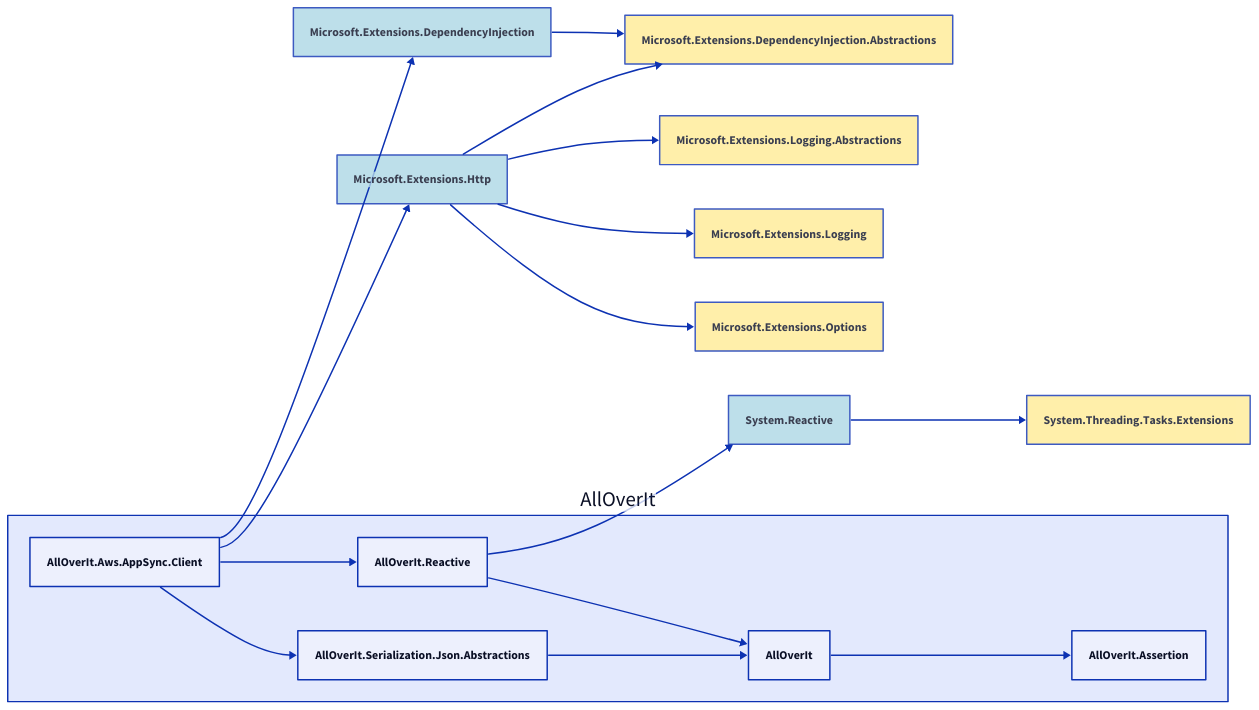
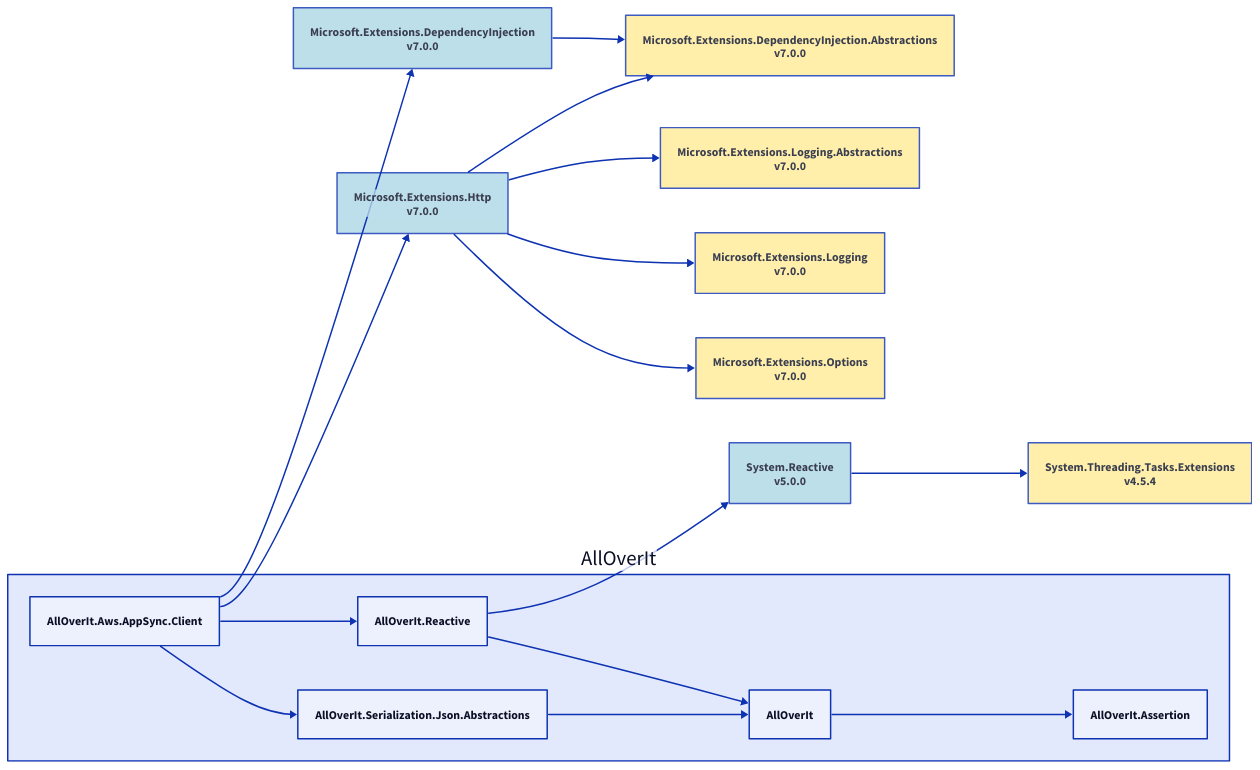
The diagram in Docs/Dependencies/alloverit-aws-appsync-client.d2 (nickathone/AllOverIt), drawn with D2 before and after one commit. The commit also changed 62 other files, not shown here.

```diff
--- a/Docs/Dependencies/alloverit-aws-appsync-client.d2
+++ b/Docs/Dependencies/alloverit-aws-appsync-client.d2
@@ -1,46 +1,46 @@
 direction: right
 
 aoi: AllOverIt
 aoi.alloverit-aws-appsync-client: AllOverIt.Aws.AppSync.Client
-microsoft-extensions-dependencyinjection: Microsoft.Extensions.DependencyInjection
-microsoft-extensions-dependencyinjection.style.fill: "#ADD8E6"
-microsoft-extensions-dependencyinjection.style.opacity: 0.8
-microsoft-extensions-dependencyinjection-abstractions: Microsoft.Extensions.DependencyInjection.Abstractions
-microsoft-extensions-dependencyinjection-abstractions.style.fill: "#FFEC96"
-microsoft-extensions-dependencyinjection-abstractions.style.opacity: 0.8
-microsoft-extensions-dependencyinjection-abstractions <- microsoft-extensions-dependencyinjection
-microsoft-extensions-dependencyinjection <- aoi.alloverit-aws-appsync-client
-microsoft-extensions-http: Microsoft.Extensions.Http
-microsoft-extensions-http.style.fill: "#ADD8E6"
-microsoft-extensions-http.style.opacity: 0.8
-microsoft-extensions-dependencyinjection-abstractions <- microsoft-extensions-http
-microsoft-extensions-logging-abstractions: Microsoft.Extensions.Logging.Abstractions
-microsoft-extensions-logging-abstractions.style.fill: "#FFEC96"
-microsoft-extensions-logging-abstractions.style.opacity: 0.8
-microsoft-extensions-logging-abstractions <- microsoft-extensions-http
-microsoft-extensions-logging: Microsoft.Extensions.Logging
-microsoft-extensions-logging.style.fill: "#FFEC96"
-microsoft-extensions-logging.style.opacity: 0.8
-microsoft-extensions-logging <- microsoft-extensions-http
-microsoft-extensions-options: Microsoft.Extensions.Options
-microsoft-extensions-options.style.fill: "#FFEC96"
-microsoft-extensions-options.style.opacity: 0.8
-microsoft-extensions-options <- microsoft-extensions-http
-microsoft-extensions-http <- aoi.alloverit-aws-appsync-client
+microsoft-extensions-dependencyinjection_7-0-0: Microsoft.Extensions.DependencyInjection\nv7.0.0
+microsoft-extensions-dependencyinjection_7-0-0.style.fill: "#ADD8E6"
+microsoft-extensions-dependencyinjection_7-0-0.style.opacity: 0.8
+microsoft-extensions-dependencyinjection-abstractions_7-0-0: Microsoft.Extensions.DependencyInjection.Abstractions\nv7.0.0
+microsoft-extensions-dependencyinjection-abstractions_7-0-0.style.fill: "#FFEC96"
+microsoft-extensions-dependencyinjection-abstractions_7-0-0.style.opacity: 0.8
+microsoft-extensions-dependencyinjection-abstractions_7-0-0 <- microsoft-extensions-dependencyinjection_7-0-0
+microsoft-extensions-dependencyinjection_7-0-0 <- aoi.alloverit-aws-appsync-client
+microsoft-extensions-http_7-0-0: Microsoft.Extensions.Http\nv7.0.0
+microsoft-extensions-http_7-0-0.style.fill: "#ADD8E6"
+microsoft-extensions-http_7-0-0.style.opacity: 0.8
+microsoft-extensions-dependencyinjection-abstractions_7-0-0 <- microsoft-extensions-http_7-0-0
+microsoft-extensions-logging-abstractions_7-0-0: Microsoft.Extensions.Logging.Abstractions\nv7.0.0
+microsoft-extensions-logging-abstractions_7-0-0.style.fill: "#FFEC96"
+microsoft-extensions-logging-abstractions_7-0-0.style.opacity: 0.8
+microsoft-extensions-logging-abstractions_7-0-0 <- microsoft-extensions-http_7-0-0
+microsoft-extensions-logging_7-0-0: Microsoft.Extensions.Logging\nv7.0.0
+microsoft-extensions-logging_7-0-0.style.fill: "#FFEC96"
+microsoft-extensions-logging_7-0-0.style.opacity: 0.8
+microsoft-extensions-logging_7-0-0 <- microsoft-extensions-http_7-0-0
+microsoft-extensions-options_7-0-0: Microsoft.Extensions.Options\nv7.0.0
+microsoft-extensions-options_7-0-0.style.fill: "#FFEC96"
+microsoft-extensions-options_7-0-0.style.opacity: 0.8
+microsoft-extensions-options_7-0-0 <- microsoft-extensions-http_7-0-0
+microsoft-extensions-http_7-0-0 <- aoi.alloverit-aws-appsync-client
 aoi.alloverit-reactive: AllOverIt.Reactive
-system-reactive: System.Reactive
-system-reactive.style.fill: "#ADD8E6"
-system-reactive.style.opacity: 0.8
-system-threading-tasks-extensions: System.Threading.Tasks.Extensions
-system-threading-tasks-extensions.style.fill: "#FFEC96"
-system-threading-tasks-extensions.style.opacity: 0.8
-system-threading-tasks-extensions <- system-reactive
-system-reactive <- aoi.alloverit-reactive
+system-reactive_5-0-0: System.Reactive\nv5.0.0
+system-reactive_5-0-0.style.fill: "#ADD8E6"
+system-reactive_5-0-0.style.opacity: 0.8
+system-threading-tasks-extensions_4-5-4: System.Threading.Tasks.Extensions\nv4.5.4
+system-threading-tasks-extensions_4-5-4.style.fill: "#FFEC96"
+system-threading-tasks-extensions_4-5-4.style.opacity: 0.8
+system-threading-tasks-extensions_4-5-4 <- system-reactive_5-0-0
+system-reactive_5-0-0 <- aoi.alloverit-reactive
 aoi.alloverit: AllOverIt
 aoi.alloverit-assertion: AllOverIt.Assertion
 aoi.alloverit-assertion <- aoi.alloverit
 aoi.alloverit <- aoi.alloverit-reactive
 aoi.alloverit-reactive <- aoi.alloverit-aws-appsync-client
 aoi.alloverit-serialization-json-abstractions: AllOverIt.Serialization.Json.Abstractions
 aoi.alloverit <- aoi.alloverit-serialization-json-abstractions
 aoi.alloverit-serialization-json-abstractions <- aoi.alloverit-aws-appsync-client
```
